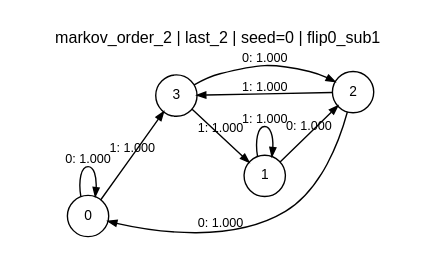
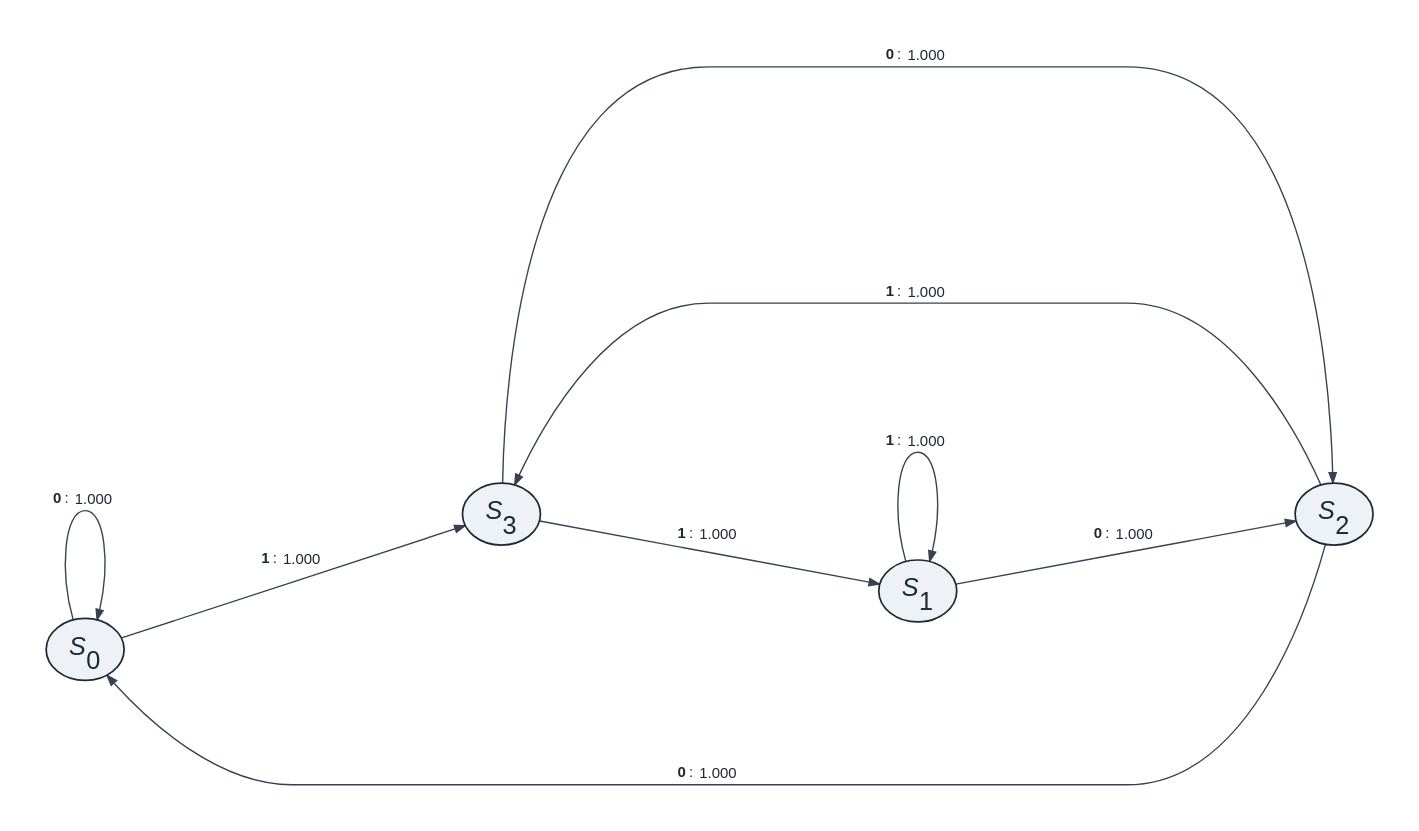
One commit to aniketguptax/PRISM changed the diagram in src/results/ch3/sanity_markov2/transitions/flip0_sub1__transitions_last_2_seed0.dot. Above: the diagram before and after it, drawn with Graphviz. The commit also changed 75 other files, not shown here.

```diff
--- a/src/results/ch3/sanity_markov2/transitions/flip0_sub1__transitions_last_2_seed0.dot
+++ b/src/results/ch3/sanity_markov2/transitions/flip0_sub1__transitions_last_2_seed0.dot
@@ -1,26 +1,27 @@
 digraph "markov_order_2_last_2_seed0" {
   rankdir=LR;
   splines=true;
   overlap=false;
-  nodesep=0.35;
-  ranksep=0.55;
-  pad=0.2;
-  graph [fontname="Helvetica", fontsize=14];
-  node [shape=circle, fontname="Helvetica", fontsize=12, penwidth=1.2];
-  edge [fontname="Helvetica", fontsize=11, arrowsize=0.75, penwidth=1.2, labelfloat=true, labeldistance=1.6, labelangle=25.0];
-  label="markov_order_2 | last_2 | seed=0 | flip0_sub1";
-  labelloc=t;
-  labeljust=l;
-  0 [label="0"];
-  1 [label="1"];
-  2 [label="2"];
-  3 [label="3"];
-  0 -> 0 [label="0: 1.000", penwidth=1.2, minlen=2];
-  0 -> 3 [label="1: 1.000", penwidth=1.2];
-  1 -> 1 [label="1: 1.000", penwidth=1.2, minlen=2];
-  1 -> 2 [label="0: 1.000", penwidth=1.2];
-  2 -> 0 [label="0: 1.000", penwidth=1.2];
-  2 -> 3 [label="1: 1.000", penwidth=1.2];
-  3 -> 1 [label="1: 1.000", penwidth=1.2];
-  3 -> 2 [label="0: 1.000", penwidth=1.2];
+  concentrate=false;
+  outputorder=edgesfirst;
+  nodesep=1.3;
+  ranksep=1.6;
+  pad=0.45;
+  sep="+18,18";
+  esep="+18,18";
+  graph [fontname="Helvetica", fontsize=18, fontcolor="#1f2933"];
+  node [shape=ellipse, fontname="Helvetica", fontsize=22, penwidth=1.5, color="#1f2933", fontcolor="#1f2933", margin=0.1, style="filled", fillcolor="#eef2f7", fixedsize=true, width=0.95, height=0.75];
+  edge [fontname="Helvetica", fontsize=13, arrowsize=0.9, penwidth=1.2, color="#374151", fontcolor="#1f2933", decorate=false, labelfloat=false];
+  0 [label=<<I>S</I><SUB>0</SUB>>];
+  1 [label=<<I>S</I><SUB>1</SUB>>];
+  2 [label=<<I>S</I><SUB>2</SUB>>];
+  3 [label=<<I>S</I><SUB>3</SUB>>];
+  0 -> 0 [minlen=2, label=<<TABLE BORDER="0" CELLBORDER="0" CELLSPACING="0" CELLPADDING="2"><TR><TD ALIGN="RIGHT"><B>0</B>:</TD><TD ALIGN="LEFT">1.000</TD></TR></TABLE>>];
+  0 -> 3 [minlen=2, weight=3, labeldistance=2.6, labelangle=28.0, label=<<TABLE BORDER="0" CELLBORDER="0" CELLSPACING="0" CELLPADDING="2"><TR><TD ALIGN="RIGHT"><B>1</B>:</TD><TD ALIGN="LEFT">1.000</TD></TR></TABLE>>];
+  1 -> 1 [minlen=2, label=<<TABLE BORDER="0" CELLBORDER="0" CELLSPACING="0" CELLPADDING="2"><TR><TD ALIGN="RIGHT"><B>1</B>:</TD><TD ALIGN="LEFT">1.000</TD></TR></TABLE>>];
+  1 -> 2 [minlen=2, weight=3, labeldistance=2.6, labelangle=28.0, label=<<TABLE BORDER="0" CELLBORDER="0" CELLSPACING="0" CELLPADDING="2"><TR><TD ALIGN="RIGHT"><B>0</B>:</TD><TD ALIGN="LEFT">1.000</TD></TR></TABLE>>];
+  2 -> 0 [minlen=2, weight=3, labeldistance=2.6, labelangle=28.0, label=<<TABLE BORDER="0" CELLBORDER="0" CELLSPACING="0" CELLPADDING="2"><TR><TD ALIGN="RIGHT"><B>0</B>:</TD><TD ALIGN="LEFT">1.000</TD></TR></TABLE>>];
+  2 -> 3 [minlen=3, weight=2, labeldistance=3.1, label=<<TABLE BORDER="0" CELLBORDER="0" CELLSPACING="0" CELLPADDING="2"><TR><TD ALIGN="RIGHT"><B>1</B>:</TD><TD ALIGN="LEFT">1.000</TD></TR></TABLE>>];
+  3 -> 1 [minlen=2, weight=3, labeldistance=2.6, labelangle=28.0, label=<<TABLE BORDER="0" CELLBORDER="0" CELLSPACING="0" CELLPADDING="2"><TR><TD ALIGN="RIGHT"><B>1</B>:</TD><TD ALIGN="LEFT">1.000</TD></TR></TABLE>>];
+  3 -> 2 [minlen=3, weight=2, labeldistance=3.1, label=<<TABLE BORDER="0" CELLBORDER="0" CELLSPACING="0" CELLPADDING="2"><TR><TD ALIGN="RIGHT"><B>0</B>:</TD><TD ALIGN="LEFT">1.000</TD></TR></TABLE>>];
 }
```
